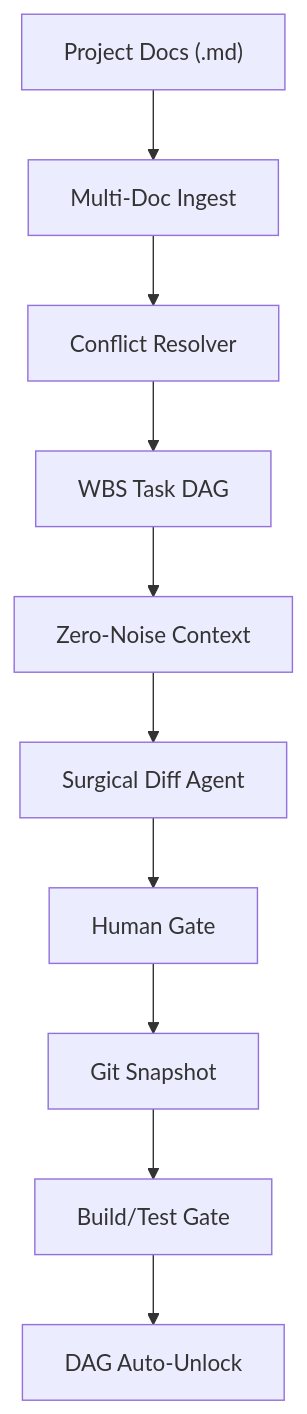
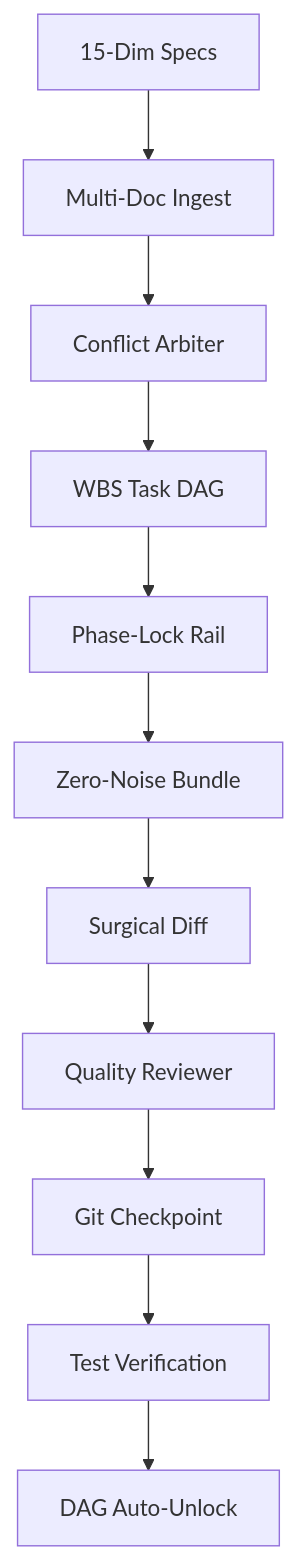
Before and after one commit to UniAiOwner/unigov: the diagram in README.md, drawn with Mermaid. The commit also changed other lines of this file, not shown here.

````diff
--- a/README.md
+++ b/README.md
@@ -31,12 +33,13 @@
 ```mermaid
 flowchart TD
-    A["Project Docs (.md)"] --> B["Multi-Doc Ingest"]
-    B --> C["Conflict Resolver"]
+    A["15-Dim Specs"] --> B["Multi-Doc Ingest"]
+    B --> C["Conflict Arbiter"]
     C --> D["WBS Task DAG"]
-    D --> E["Zero-Noise Context"]
-    E --> F["Surgical Diff Agent"]
-    F --> G["Human Gate"]
-    G --> H["Git Snapshot"]
-    H --> I["Build/Test Gate"]
-    I --> J["DAG Auto-Unlock"]
+    D --> E["Phase-Lock Rail"]
+    E --> F["Zero-Noise Bundle"]
+    F --> G["Surgical Diff"]
+    G --> H["Quality Reviewer"]
+    H --> I["Git Checkpoint"]
+    I --> J["Test Verification"]
+    J --> K["DAG Auto-Unlock"]
 ```
````
